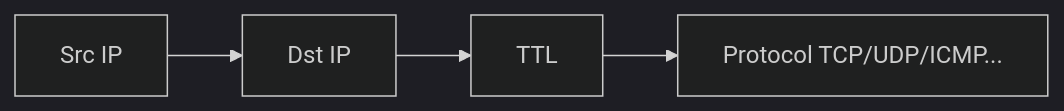
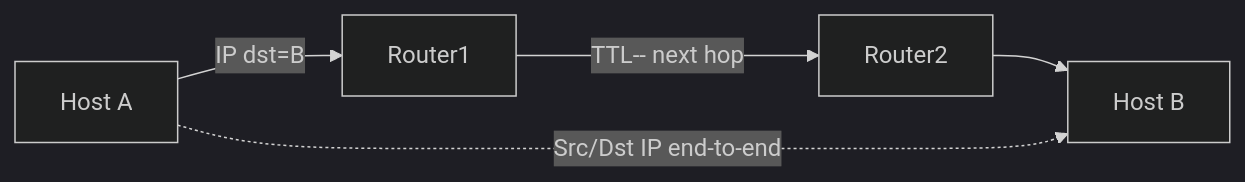
The seventh of 36 diagrams in learning/11-protocols-reference.md (omnayak27199/pktana), drawn with Mermaid (dark theme) before and after one commit. The commit also changed other lines of this file and 14 other files, not shown here.

````diff
--- a/learning/11-protocols-reference.md
+++ b/learning/11-protocols-reference.md
@@ -103,4 +527,7 @@
 ```mermaid
 flowchart LR
-  Src[Src IP] --> Dst[Dst IP] --> TTL[TTL] --> Proto[Protocol TCP/UDP/ICMP...]
+  H1[Host A] -->|IP dst=B| R1[Router1]
+  R1 -->|TTL-- next hop| R2[Router2]
+  R2 --> H2[Host B]
+  H1 -.->|Src/Dst IP end-to-end| H2
 ```
````
